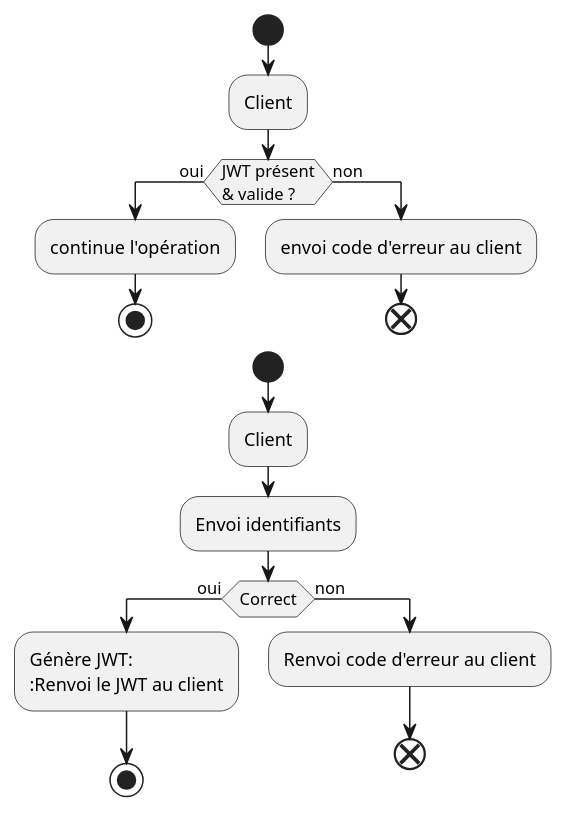
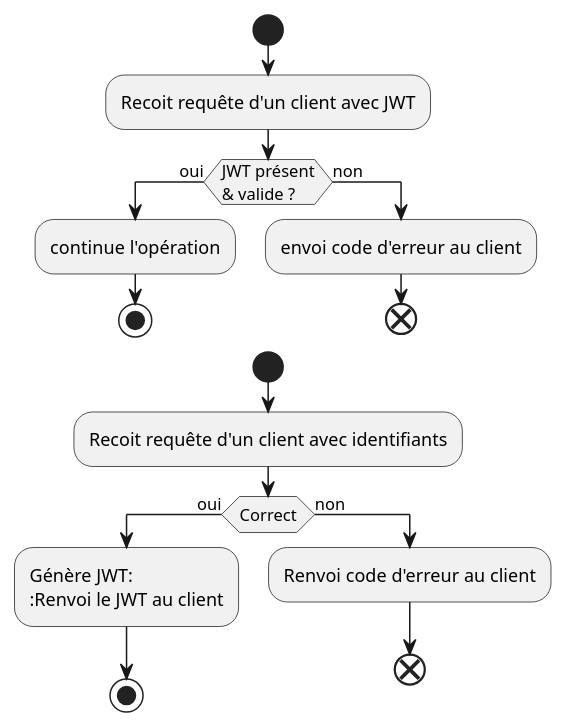
Before and after one commit to FocusCompany/Documents: the diagram in AA2/Backend/auth_activity.plantuml, drawn with PlantUML.

```diff
--- a/AA2/Backend/auth_activity.plantuml
+++ b/AA2/Backend/auth_activity.plantuml
@@ -1,29 +1,28 @@
 @startuml
 start
 
-:Client;
+:Recoit requête d'un client avec JWT;
 
 if (JWT présent\n& valide ?) then (oui)
   :continue l'opération;
   stop
 else (non)
   :envoi code d'erreur au client;
   end
 endif
 
 
 ' JWT creation
 
 start
 
-:Client;
-:Envoi identifiants;
+:Recoit requête d'un client avec identifiants;
 
 if (Correct) then (oui)
   :Génère JWT:
   :Renvoi le JWT au client;
   stop
 else (non)
   :Renvoi code d'erreur au client;
   end
 @enduml
```
